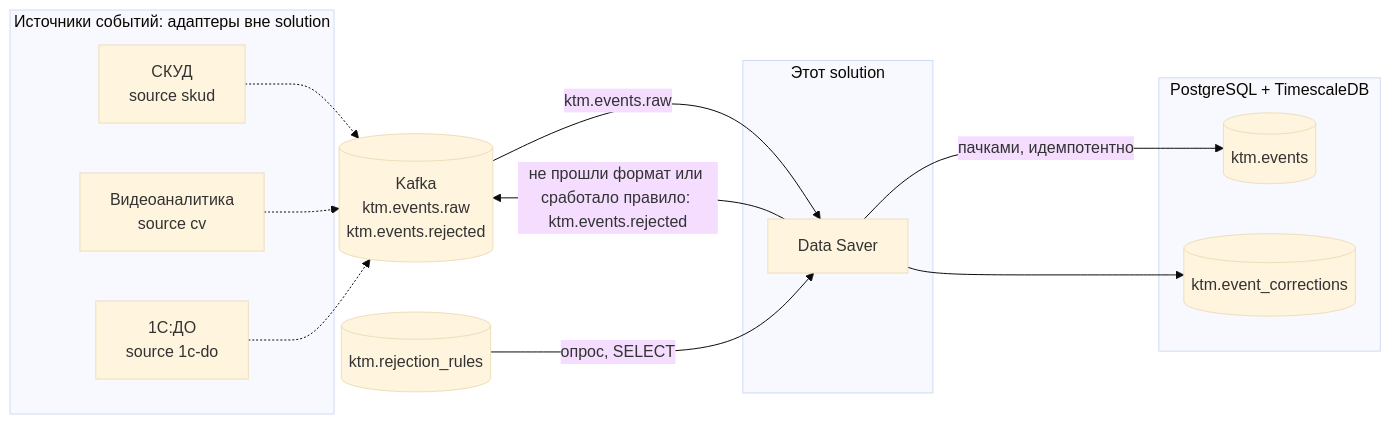
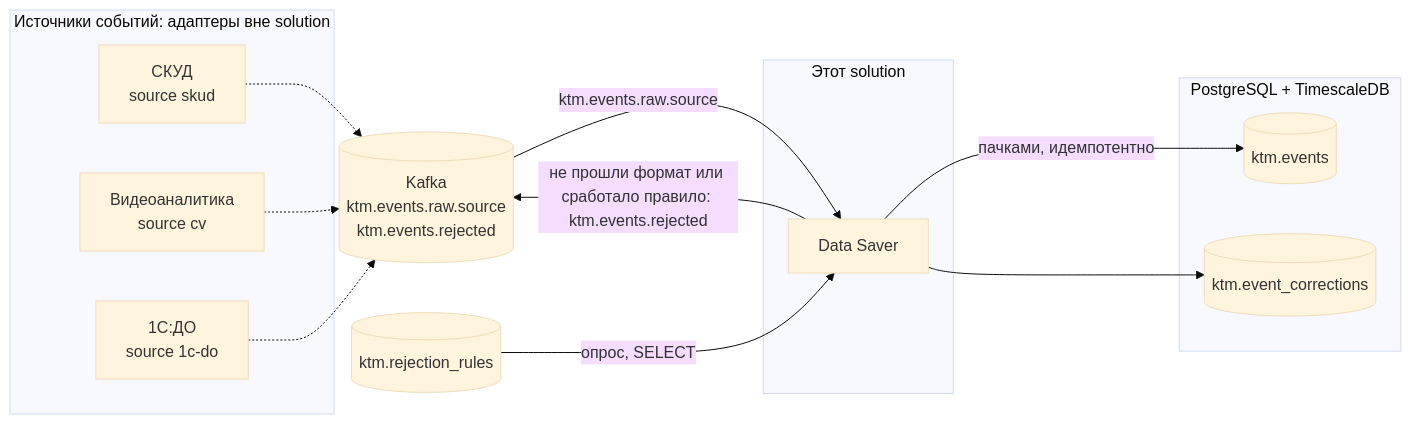
The first of 3 diagrams in src/README.md (mmg163/ktm_backend), drawn with Mermaid (base theme) before and after one commit. The commit also changed other lines of this file and 29 other files, not shown here.

````diff
--- a/src/README.md
+++ b/src/README.md
@@ -34,28 +34,28 @@
 ```mermaid
 flowchart LR
     subgraph SRC[Источники событий: адаптеры вне solution]
         SKUD[СКУД<br/>source skud]
         CV[Видеоаналитика<br/>source cv]
         DO[1С:ДО<br/>source 1c-do]
     end
 
-    K[(Kafka<br/>ktm.events.raw<br/>ktm.events.rejected)]
+    K[(Kafka<br/>ktm.events.raw.source<br/>ktm.events.rejected)]
 
     subgraph THIS[Этот solution]
         DS[Data Saver]
     end
 
     subgraph DB[PostgreSQL + TimescaleDB]
         EV[(ktm.events)]
         COR[(ktm.event_corrections)]
     end
 
     SKUD -.-> K
     CV -.-> K
     DO -.-> K
-    K -->|ktm.events.raw| DS
+    K -->|ktm.events.raw.source| DS
     DS -->|не прошли формат или сработало правило: ktm.events.rejected| K
     DS -->|пачками, идемпотентно| EV
     DS --> COR
     RR[(ktm.rejection_rules)] -->|опрос, SELECT| DS
 ```
````
